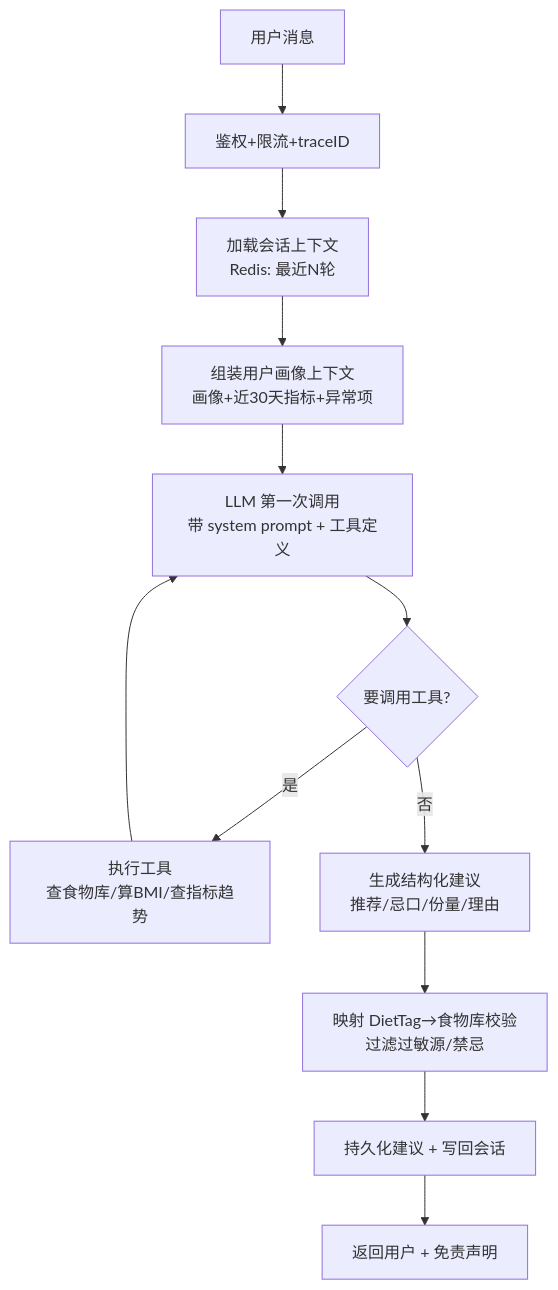
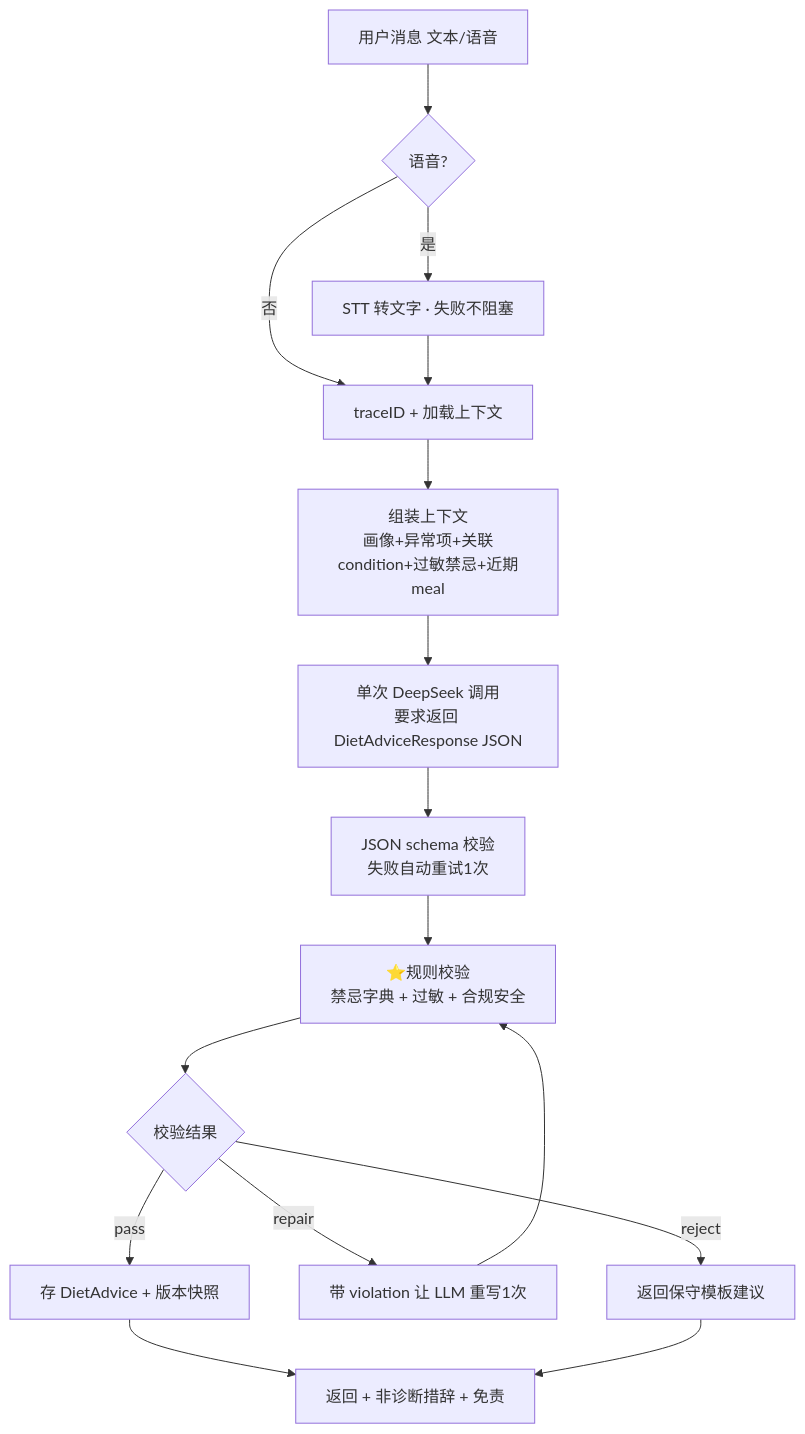
The diagram in docs/技术设计文档.md (zhq0808/healthAgent), drawn with Mermaid before and after one commit. The commit also changed other lines of this file and 17 other files, not shown here.

````diff
--- a/docs/技术设计文档.md
+++ b/docs/技术设计文档.md
@@ -122,14 +119,18 @@
 ```mermaid
 flowchart TD
-    A[用户消息] --> B[鉴权+限流+traceID]
-    B --> C[加载会话上下文<br/>Redis: 最近N轮]
-    C --> D[组装用户画像上下文<br/>画像+近30天指标+异常项]
-    D --> E[LLM 第一次调用<br/>带 system prompt + 工具定义]
-    E --> F{要调用工具?}
-    F -- 是 --> G[执行工具<br/>查食物库/算BMI/查指标趋势]
-    G --> E
-    F -- 否 --> H[生成结构化建议<br/>推荐/忌口/份量/理由]
-    H --> I[映射 DietTag→食物库校验<br/>过滤过敏源/禁忌]
-    I --> J[持久化建议 + 写回会话]
-    J --> K[返回用户 + 免责声明]
+    A[用户消息 文本/语音] --> B{语音?}
+    B -- 是 --> B1[STT 转文字 · 失败不阻塞]
+    B -- 否 --> C
+    B1 --> C[traceID + 加载上下文]
+    C --> D[组装上下文<br/>画像+异常项+关联condition+过敏禁忌+近期meal]
+    D --> E[单次 DeepSeek 调用<br/>要求返回 DietAdviceResponse JSON]
+    E --> F[JSON schema 校验<br/>失败自动重试1次]
+    F --> G[⭐规则校验<br/>禁忌字典 + 过敏 + 合规安全]
+    G --> H{校验结果}
+    H -- pass --> M[存 DietAdvice + 版本快照]
+    H -- repair --> E2[带 violation 让 LLM 重写1次]
+    E2 --> G
+    H -- reject --> R[返回保守模板建议]
+    M --> N[返回 + 非诊断措辞 + 免责]
+    R --> N
 ```
````
